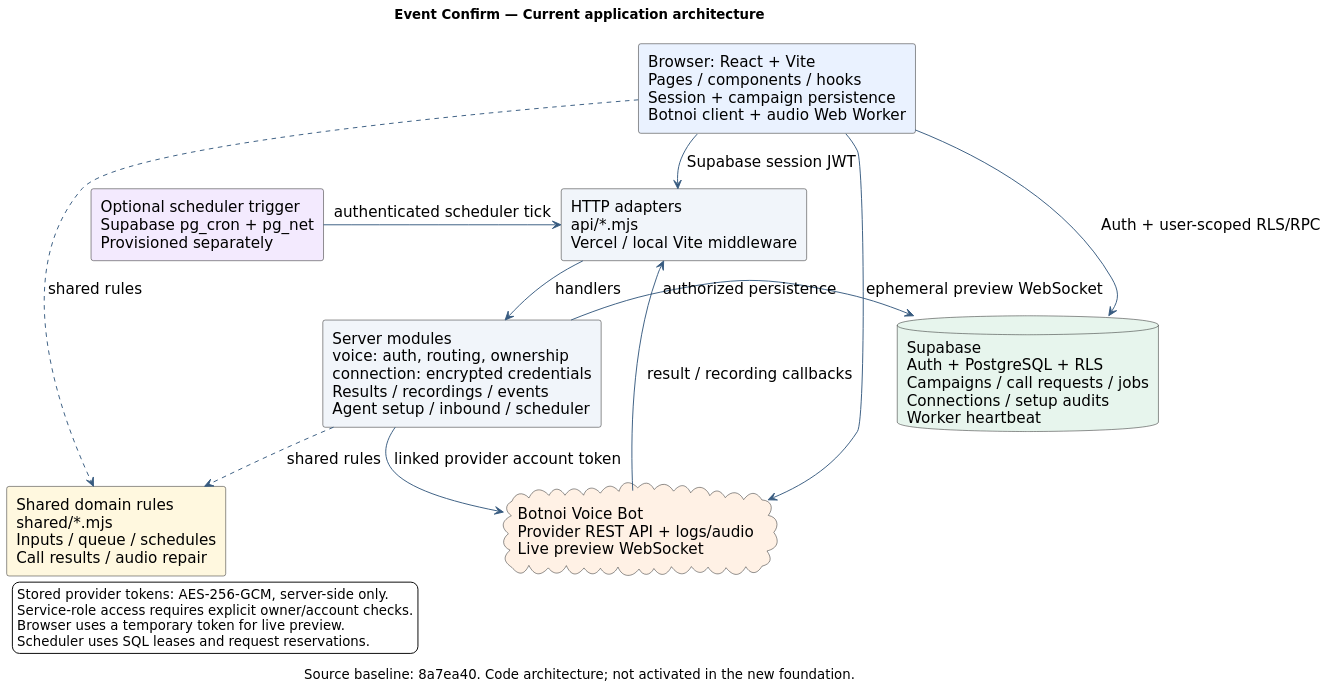
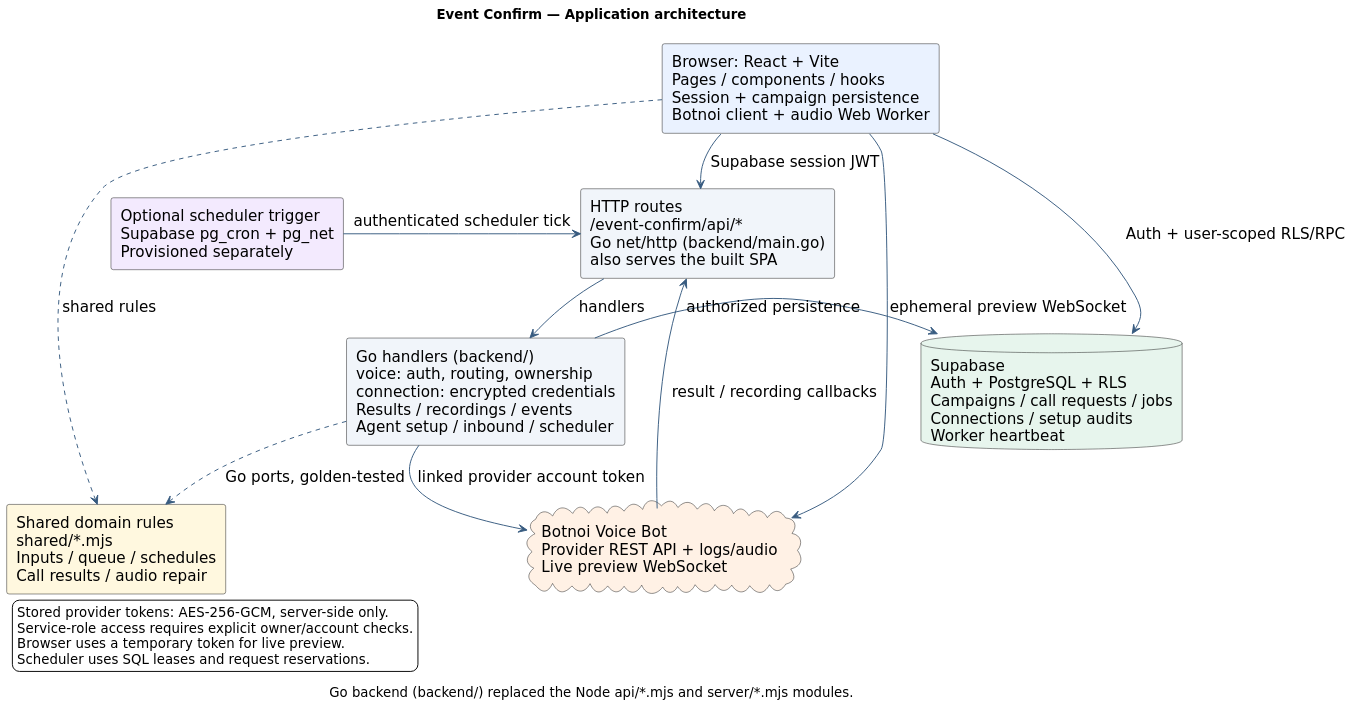
Before and after one commit to otterdev0341/event-cf: the diagram in docs/diagrams/application-architecture.puml, drawn with PlantUML. The commit also changed 101 other files, not shown here.

First line of the commit message:
Replace Node/Vercel backend with Go server under /event-confirm/

```diff
--- a/docs/diagrams/application-architecture.puml
+++ b/docs/diagrams/application-architecture.puml
@@ -1,41 +1,41 @@
 @startuml
 !pragma layout smetana
 skinparam backgroundColor #FFFFFF
 skinparam shadowing false
 skinparam defaultFontName DejaVu Sans
 skinparam defaultFontSize 16
 skinparam dpi 140
 skinparam componentStyle rectangle
 skinparam ArrowColor #375A7F
 skinparam nodesep 50
 skinparam ranksep 70
 top to bottom direction
-title Event Confirm — Current application architecture
-caption Source baseline: 8a7ea40. Code architecture; not activated in the new foundation.
+title Event Confirm — Application architecture
+caption Go backend (backend/) replaced the Node api/*.mjs and server/*.mjs modules.
 
 component "Browser: React + Vite\nPages / components / hooks\nSession + campaign persistence\nBotnoi client + audio Web Worker" as Browser #EAF2FF
-component "HTTP adapters\napi/*.mjs\nVercel / local Vite middleware" as API #F1F5FA
-component "Server modules\nvoice: auth, routing, ownership\nconnection: encrypted credentials\nResults / recordings / events\nAgent setup / inbound / scheduler" as Server #F1F5FA
+component "HTTP routes\n/event-confirm/api/*\nGo net/http (backend/main.go)\nalso serves the built SPA" as API #F1F5FA
+component "Go handlers (backend/)\nvoice: auth, routing, ownership\nconnection: encrypted credentials\nResults / recordings / events\nAgent setup / inbound / scheduler" as Server #F1F5FA
 database "Supabase\nAuth + PostgreSQL + RLS\nCampaigns / call requests / jobs\nConnections / setup audits\nWorker heartbeat" as DB #E7F5ED
 component "Shared domain rules\nshared/*.mjs\nInputs / queue / schedules\nCall results / audio repair" as Shared #FFF8DF
 cloud "Botnoi Voice Bot\nProvider REST API + logs/audio\nLive preview WebSocket" as Provider #FFF1E5
 component "Optional scheduler trigger\nSupabase pg_cron + pg_net\nProvisioned separately" as Cron #F3EAFE
 
 Browser -down-> API : Supabase session JWT
 API -down-> Server : handlers
 Browser -right-> DB : Auth + user-scoped RLS/RPC
 Server -right-> DB : authorized persistence
 Server -down-> Provider : linked provider account token
 Provider -left-> API : result / recording callbacks
 Browser ..> Shared : shared rules
-Server ..> Shared : shared rules
+Server ..> Shared : Go ports, golden-tested
 Cron -right-> API : authenticated scheduler tick
 Browser --> Provider : ephemeral preview WebSocket
 
 legend bottom left
   Stored provider tokens: AES-256-GCM, server-side only.
   Service-role access requires explicit owner/account checks.
   Browser uses a temporary token for live preview.
   Scheduler uses SQL leases and request reservations.
 endlegend
 @enduml
```
